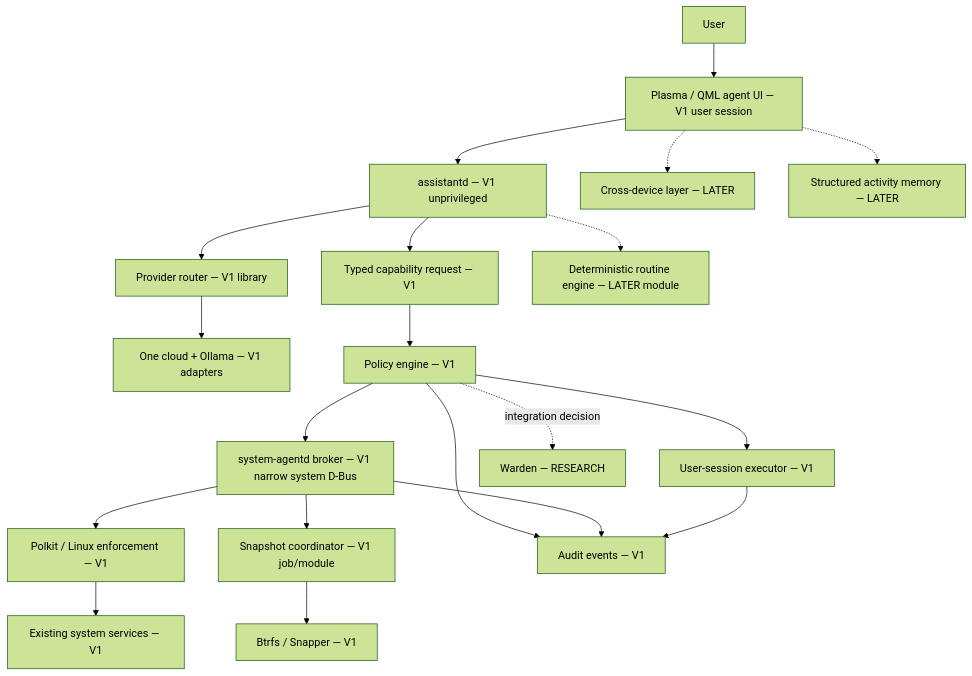
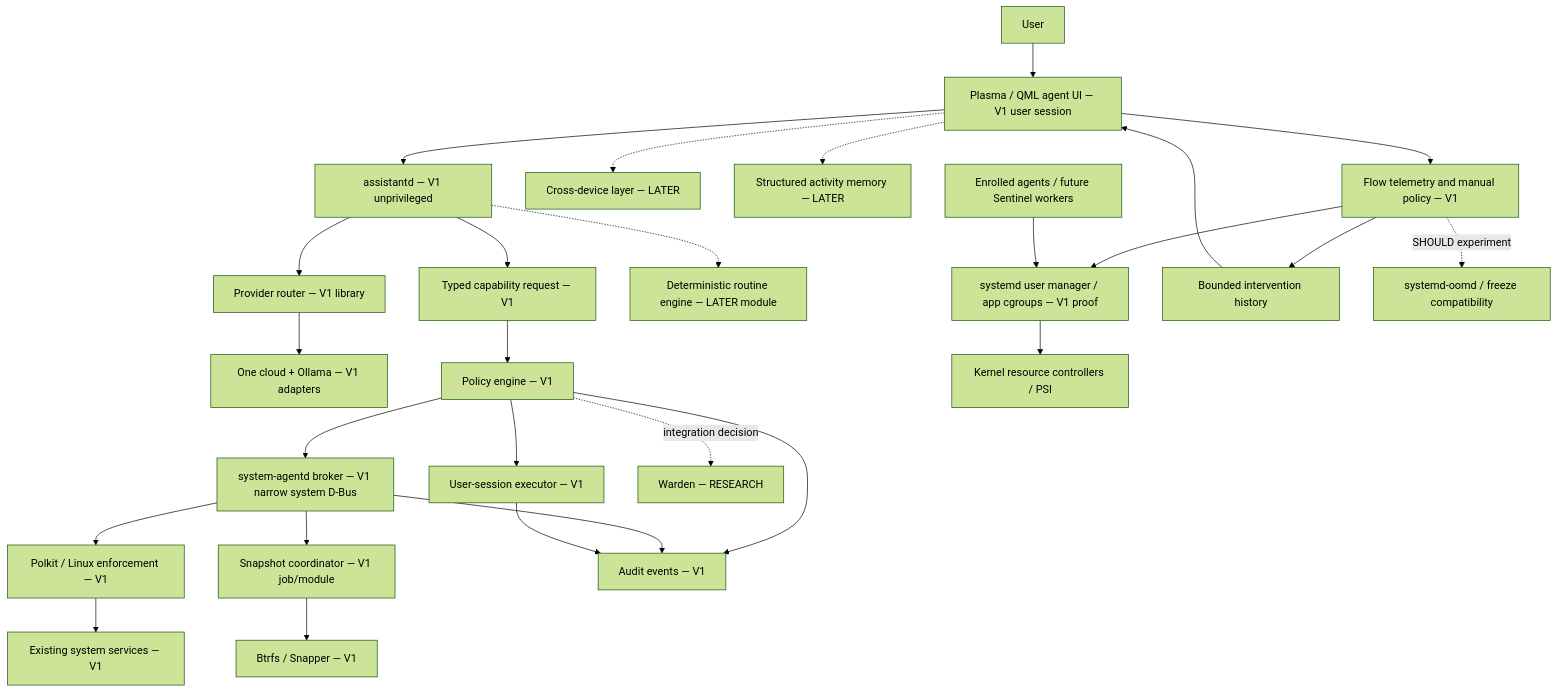
The second of 2 diagrams in docs/ARCHITECTURE.md (Prof-bilal/Axiom), drawn with Mermaid (forest theme) before and after one commit. The commit also changed other lines of this file and 19 other files, not shown here.

````diff
--- a/docs/ARCHITECTURE.md
+++ b/docs/ARCHITECTURE.md
@@ -5,22 +26,29 @@
 ```mermaid
 flowchart TD
   User[User] --> UI[Plasma / QML agent UI — V1 user session]
   UI --> A[assistantd — V1 unprivileged]
   A --> R[Provider router — V1 library]
   R --> P[One cloud + Ollama — V1 adapters]
   A --> C[Typed capability request — V1]
   C --> E[Policy engine — V1]
   E --> U[User-session executor — V1]
   E --> B[system-agentd broker — V1 narrow system D-Bus]
   B --> K[Polkit / Linux enforcement — V1]
   K --> S[Existing system services — V1]
   E -. integration decision .-> W[Warden — RESEARCH]
   B --> T[Snapshot coordinator — V1 job/module]
   T --> BS[Btrfs / Snapper — V1]
   E --> AU[Audit events — V1]
   B --> AU
   U --> AU
   A -.-> RT[Deterministic routine engine — LATER module]
   UI -.-> CD[Cross-device layer — LATER]
   UI -.-> MM[Structured activity memory — LATER]
+  UI --> FT[Flow telemetry and manual policy — V1]
+  FT --> FM[systemd user manager / app cgroups — V1 proof]
+  FM --> FK[Kernel resource controllers / PSI]
+  FW[Enrolled agents / future Sentinel workers] --> FM
+  FT --> FH[Bounded intervention history]
+  FH --> UI
+  FT -. SHOULD experiment .-> FO[systemd-oomd / freeze compatibility]
 ```
````
